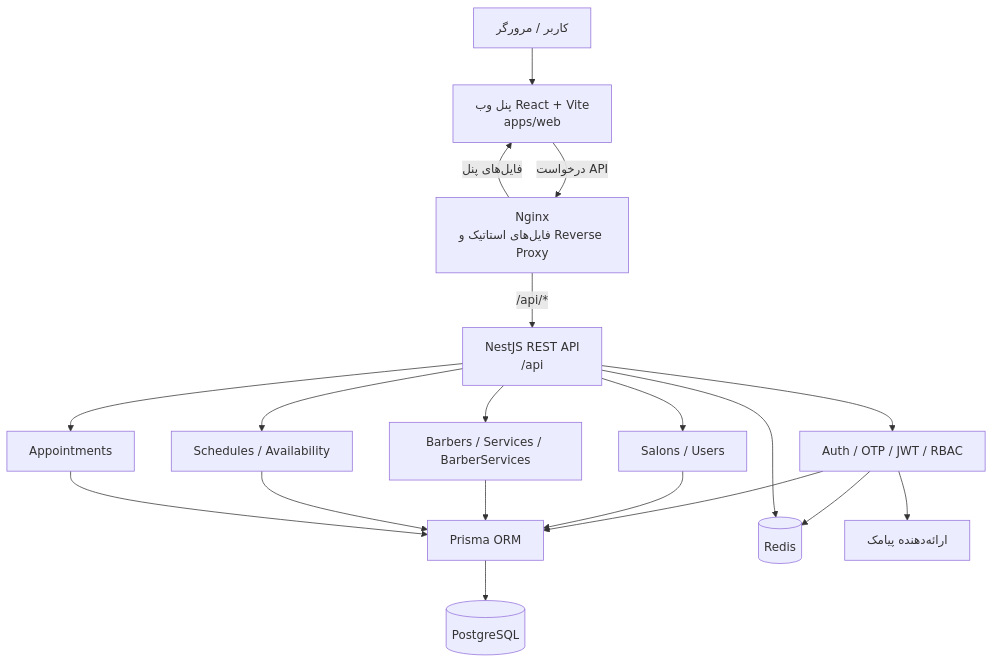
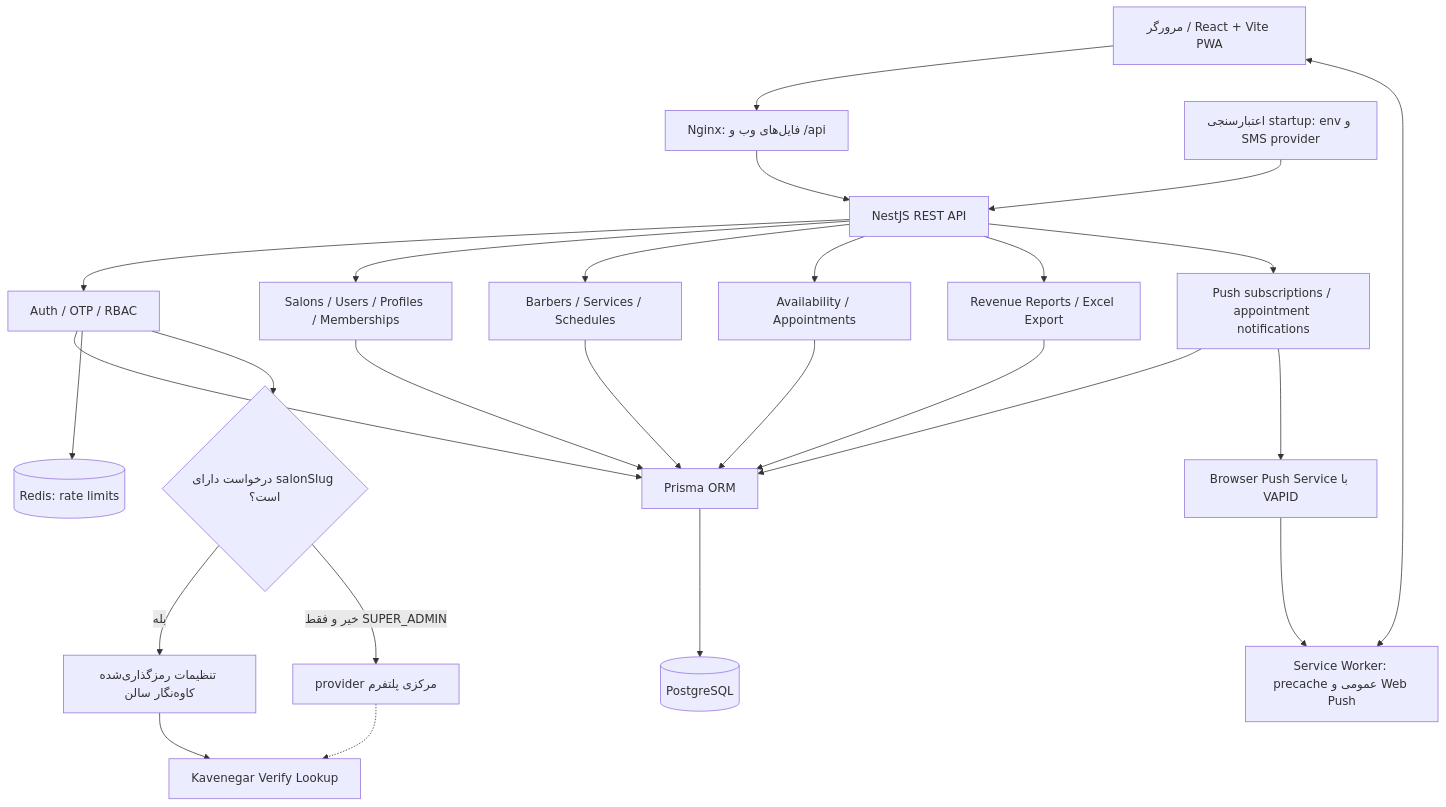
One commit to alimh17/barber-shop changed the second of 8 diagrams in docs/system-flow.md. Above: the diagram before and after it, drawn with Mermaid. The commit also changed other lines of this file and 134 other files, not shown here.

Commit message:
feat: prepare staging release with reports notifications and SMS

````diff
--- a/docs/system-flow.md
+++ b/docs/system-flow.md
@@ -7,38 +37,28 @@
 ```mermaid
 flowchart TB
-    USER["کاربر / مرورگر"]
-    WEB["پنل وب React + Vite<br/>apps/web"]
-    NGINX["Nginx<br/>فایل‌های استاتیک و Reverse Proxy"]
-    API["NestJS REST API<br/>/api"]
-    AUTH["Auth / OTP / JWT / RBAC"]
-    SALON["Salons / Users"]
-    BARBER["Barbers / Services / BarberServices"]
-    SCHEDULE["Schedules / Availability"]
-    APPT["Appointments"]
-    PRISMA["Prisma ORM"]
-    DB[("PostgreSQL")]
-    REDIS[("Redis")]
-    SMS["ارائه‌دهنده پیامک"]
-
-    USER --> WEB
-    WEB -->|"درخواست API"| NGINX
-    NGINX -->|"فایل‌های پنل"| WEB
-    NGINX -->|"/api/*"| API
-
-    API --> AUTH
-    API --> SALON
-    API --> BARBER
-    API --> SCHEDULE
-    API --> APPT
-
-    AUTH --> PRISMA
-    SALON --> PRISMA
-    BARBER --> PRISMA
-    SCHEDULE --> PRISMA
-    APPT --> PRISMA
-    PRISMA --> DB
-
-    AUTH --> REDIS
-    API --> REDIS
-    AUTH --> SMS
+    BROWSER["مرورگر / React + Vite PWA"] --> NGINX["Nginx: فایل‌های وب و /api"]
+    BROWSER <--> SW["Service Worker: precache عمومی و Web Push"]
+    NGINX --> API["NestJS REST API"]
+    CONFIG["اعتبارسنجی startup: env و SMS provider"] --> API
+    API --> AUTH["Auth / OTP / RBAC"]
+    API --> TENANT["Salons / Users / Profiles / Memberships"]
+    API --> CATALOG["Barbers / Services / Schedules"]
+    API --> BOOKING["Availability / Appointments"]
+    API --> REPORTS["Revenue Reports / Excel Export"]
+    API --> NOTIFY["Push subscriptions / appointment notifications"]
+    AUTH --> PRISMA["Prisma ORM"]
+    TENANT --> PRISMA
+    CATALOG --> PRISMA
+    BOOKING --> PRISMA
+    REPORTS --> PRISMA
+    NOTIFY --> PRISMA
+    PRISMA --> PG[("PostgreSQL")]
+    AUTH --> REDIS[("Redis: rate limits")]
+    AUTH --> SMSROUTE{"درخواست دارای salonSlug است؟"}
+    SMSROUTE -->|بله| TENANTSMS["تنظیمات رمزگذاری‌شده کاوه‌نگار سالن"]
+    SMSROUTE -->|خیر و فقط SUPER_ADMIN| SMSADAPTER["provider مرکزی پلتفرم"]
+    TENANTSMS --> SMS["Kavenegar Verify Lookup"]
+    SMSADAPTER -.-> SMS
+    NOTIFY --> PUSH["Browser Push Service با VAPID"]
+    PUSH --> SW
 ```
````
